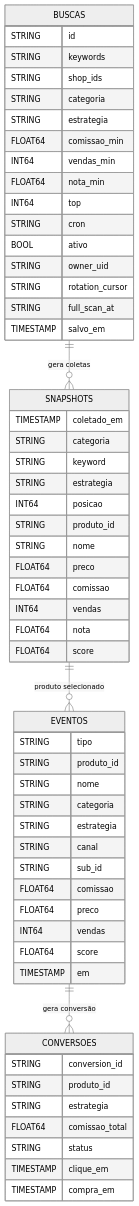
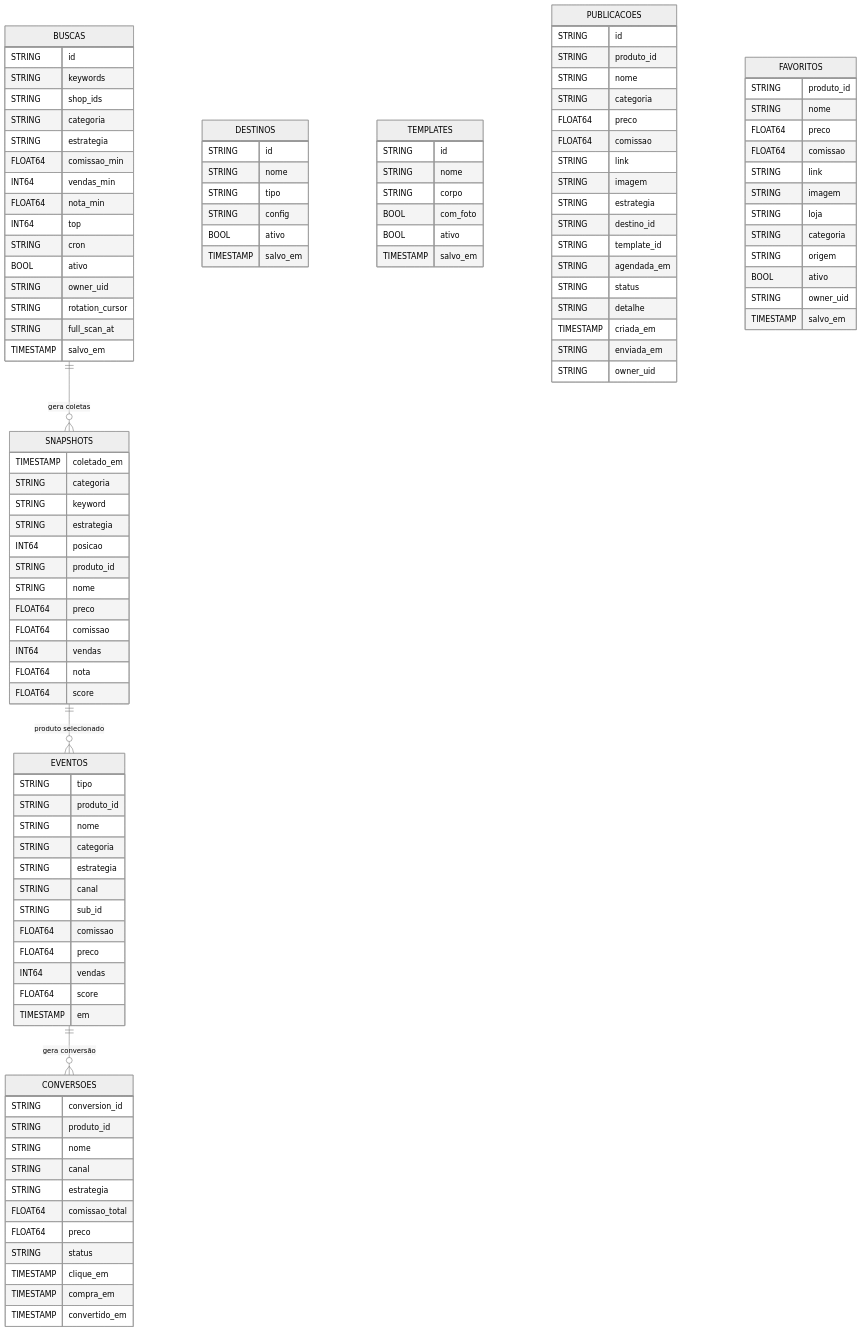
Before and after one commit to fmarquesfilho/garimpo: the diagram in docs/gerado/ENTIDADES.md, drawn with Mermaid (neutral theme). The commit also changed 5 other files, not shown here.

```diff
--- a/docs/gerado/ENTIDADES.md
+++ b/docs/gerado/ENTIDADES.md
@@ -60,11 +60,68 @@
     CONVERSOES {
         STRING conversion_id
         STRING produto_id
+        STRING nome
+        STRING canal
         STRING estrategia
         FLOAT64 comissao_total
+        FLOAT64 preco
         STRING status
         TIMESTAMP clique_em
         TIMESTAMP compra_em
+        TIMESTAMP convertido_em
+    }
+
+    DESTINOS {
+        STRING id
+        STRING nome
+        STRING tipo
+        STRING config
+        BOOL ativo
+        TIMESTAMP salvo_em
+    }
+
+    TEMPLATES {
+        STRING id
+        STRING nome
+        STRING corpo
+        BOOL com_foto
+        BOOL ativo
+        TIMESTAMP salvo_em
+    }
+
+    PUBLICACOES {
+        STRING id
+        STRING produto_id
+        STRING nome
+        STRING categoria
+        FLOAT64 preco
+        FLOAT64 comissao
+        STRING link
+        STRING imagem
+        STRING estrategia
+        STRING destino_id
+        STRING template_id
+        STRING agendada_em
+        STRING status
+        STRING detalhe
+        TIMESTAMP criada_em
+        STRING enviada_em
+        STRING owner_uid
+    }
+
+    FAVORITOS {
+        STRING produto_id
+        STRING nome
+        FLOAT64 preco
+        FLOAT64 comissao
+        STRING link
+        STRING imagem
+        STRING loja
+        STRING categoria
+        STRING origem
+        BOOL ativo
+        STRING owner_uid
+        TIMESTAMP salvo_em
     }
 
     BUSCAS ||--o{ SNAPSHOTS : "gera coletas"
```
